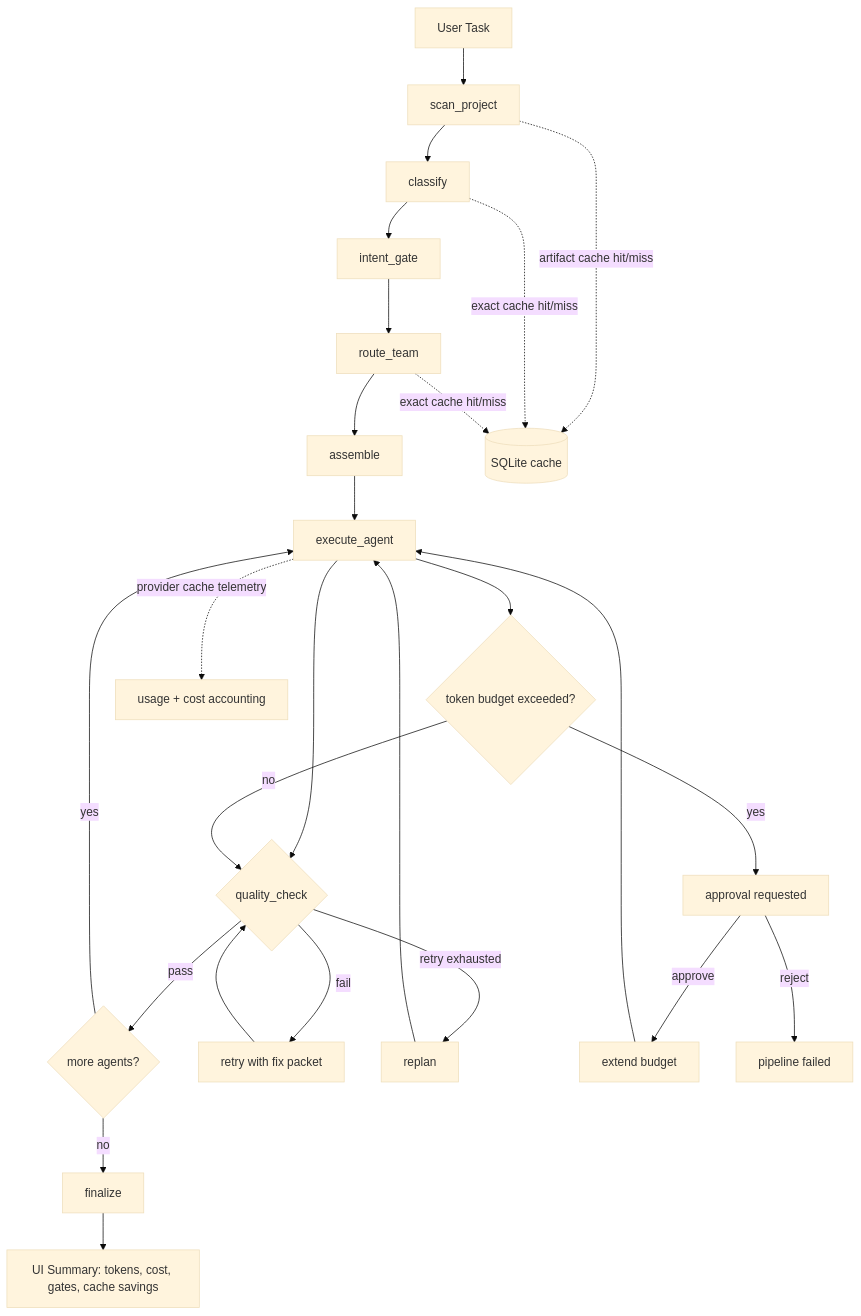
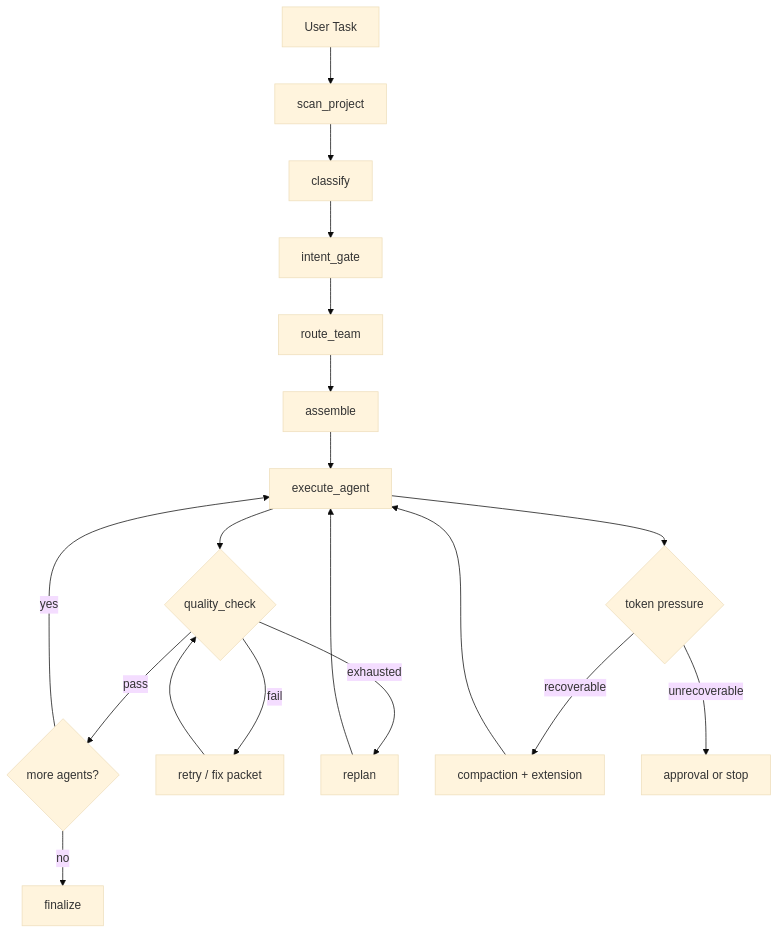
Before and after one commit to rigovo/rigovo-virtual-team: the diagram in README.md, drawn with Mermaid (base theme). The commit also changed other lines of this file and 14 other files, not shown here.

````diff
--- a/README.md
+++ b/README.md
@@ -112,34 +93,25 @@
 ```mermaid
 flowchart TD
     A[User Task] --> B[scan_project]
     B --> C[classify]
     C --> D[intent_gate]
     D --> E[route_team]
     E --> F[assemble]
 
     F --> G[execute_agent]
     G --> H{quality_check}
 
     H -- pass --> I{more agents?}
     I -- yes --> G
     I -- no --> J[finalize]
 
-    H -- fail --> K[retry with fix packet]
+    H -- fail --> K[retry / fix packet]
     K --> H
-    H -- retry exhausted --> L[replan]
+    H -- exhausted --> L[replan]
     L --> G
 
-    G --> M{token budget exceeded?}
-    M -- no --> H
-    M -- yes --> N[approval requested]
-    N -- approve --> O[extend budget]
-    O --> G
-    N -- reject --> P[pipeline failed]
-
-    B -. artifact cache hit/miss .-> Q[(SQLite cache)]
-    C -. exact cache hit/miss .-> Q
-    E -. exact cache hit/miss .-> Q
-    G -. provider cache telemetry .-> R[usage + cost accounting]
-
-    J --> S[UI Summary: tokens, cost, gates, cache savings]
+    G --> M{token pressure}
+    M -- recoverable --> N[compaction + extension]
+    N --> G
+    M -- unrecoverable --> P[approval or stop]
 ```
````
